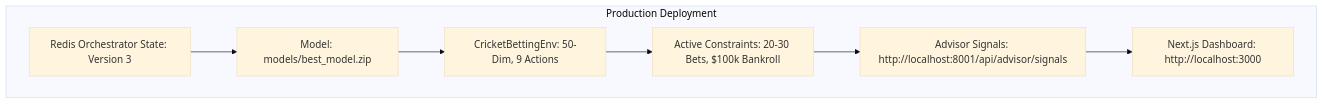
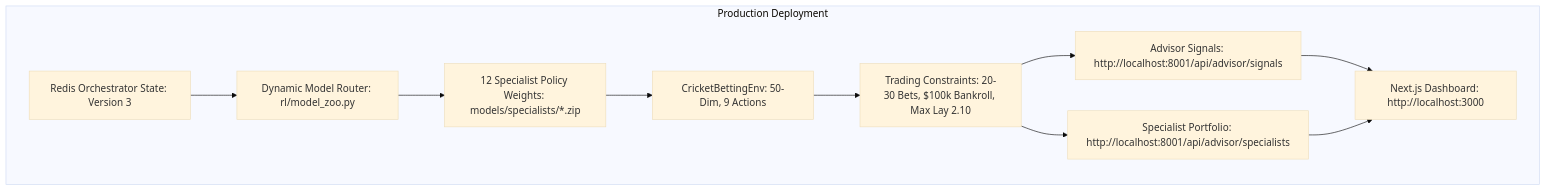
Before and after one commit to sohabena/prediction-claude: the second of 2 diagrams in docs/STRATEGIC_REVIEW.md, drawn with Mermaid (base theme). The commit also changed other lines of this file and 22 other files, not shown here.

Commit message:
docs: forensic synchronization of architecture, rules, guides, and workflows with 12-specialist strategy

````diff
--- a/docs/STRATEGIC_REVIEW.md
+++ b/docs/STRATEGIC_REVIEW.md
@@ -66,10 +80,12 @@
 ```mermaid
 graph TD
     subgraph "Production Deployment"
-        A[Redis Orchestrator State: Version 3] --> B[Model: models/best_model.zip]
-        B --> C[CricketBettingEnv: 50-Dim, 9 Actions]
-        C --> D[Active Constraints: 20-30 Bets, $100k Bankroll]
-        D --> E[Advisor Signals: http://localhost:8001/api/advisor/signals]
-        E --> F[Next.js Dashboard: http://localhost:3000]
+        A[Redis Orchestrator State: Version 3] --> B[Dynamic Model Router: rl/model_zoo.py]
+        B --> C[12 Specialist Policy Weights: models/specialists/*.zip]
+        C --> D[CricketBettingEnv: 50-Dim, 9 Actions]
+        D --> E[Trading Constraints: 20-30 Bets, $100k Bankroll, Max Lay 2.10]
+        E --> F[Advisor Signals: http://localhost:8001/api/advisor/signals]
+        E --> G[Specialist Portfolio: http://localhost:8001/api/advisor/specialists]
+        F & G --> H[Next.js Dashboard: http://localhost:3000]
     end
 ```
````
